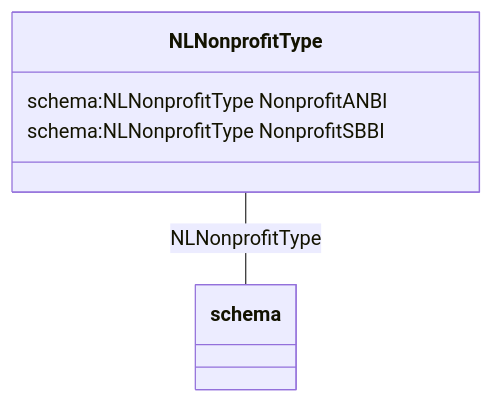
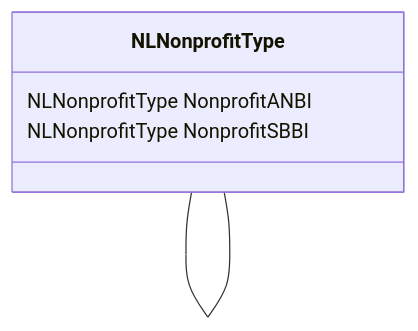
The diagram in datamodel-build/mermaid/NLNonprofitType.mmd (codexstanford/Insurance-Payout-Ontology), drawn with Mermaid before and after one commit. The commit also changed 3245 other files, not shown here.

Commit message:
Clean build with full schema

```diff
--- a/datamodel-build/mermaid/NLNonprofitType.mmd
+++ b/datamodel-build/mermaid/NLNonprofitType.mmd
@@ -1,10 +1,10 @@
 classDiagram
-  NLNonprofitType -- schema:NLNonprofitType
+  NLNonprofitType -- NLNonprofitType
 
 
 class NLNonprofitType {
 
-  schema:NLNonprofitType NonprofitANBI
-  schema:NLNonprofitType NonprofitSBBI
+  NLNonprofitType NonprofitANBI
+  NLNonprofitType NonprofitSBBI
 
  }
```
